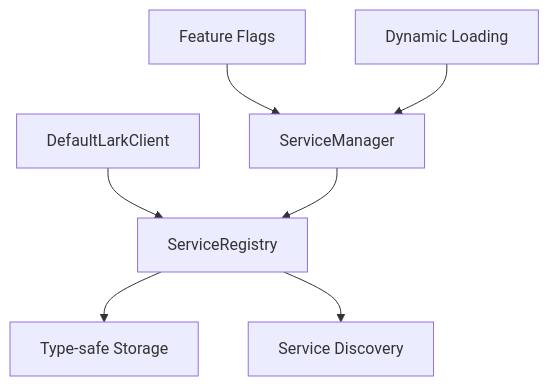
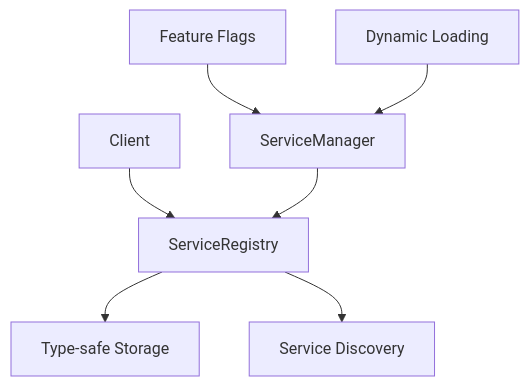
The diagram in crates/openlark-client/README.md (foxzool/open-lark), drawn with Mermaid before and after one commit. The commit also changed other lines of this file and 36 other files, not shown here.

````diff
--- a/crates/openlark-client/README.md
+++ b/crates/openlark-client/README.md
@@ -163,10 +169,10 @@
 ```mermaid
 graph TD
-    A[DefaultLarkClient] --> B[ServiceRegistry]
+    A[Client] --> B[ServiceRegistry]
     B --> C[Type-safe Storage]
     B --> D[Service Discovery]
 
     E[ServiceManager] --> B
     F[Feature Flags] --> E
     G[Dynamic Loading] --> E
 ```
````
